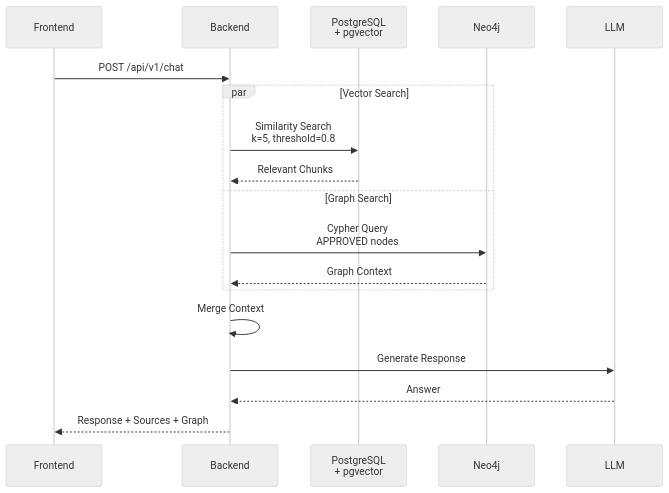
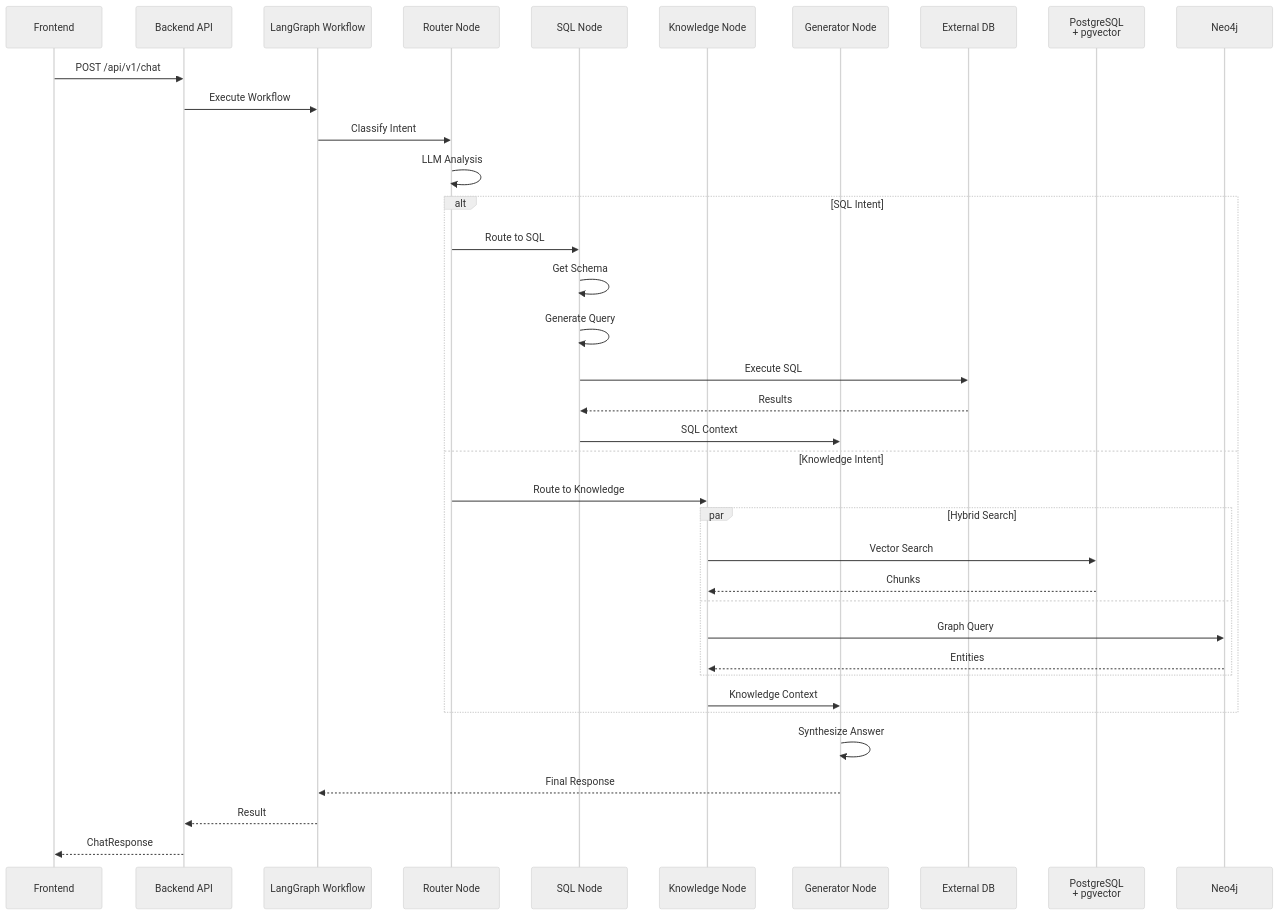
The fourth of 9 diagrams in docs/ARCHITECTURE.md (expoya/adizon-knowledge-core), drawn with Mermaid (neutral theme) before and after one commit. The commit also changed other lines of this file and 27 other files, not shown here.

````diff
--- a/docs/ARCHITECTURE.md
+++ b/docs/ARCHITECTURE.md
@@ -145,23 +168,43 @@
 ```mermaid
 sequenceDiagram
     participant FE as Frontend
-    participant BE as Backend
+    participant BE as Backend API
+    participant WF as LangGraph Workflow
+    participant ROUTER as Router Node
+    participant SQL as SQL Node
+    participant KB as Knowledge Node
+    participant GEN as Generator Node
+    participant EXDB as External DB
     participant PG as PostgreSQL<br/>+ pgvector
     participant NEO as Neo4j
-    participant LLM as LLM
 
     FE->>BE: POST /api/v1/chat
-
-    par Vector Search
-        BE->>PG: Similarity Search<br/>k=5, threshold=0.8
-        PG-->>BE: Relevant Chunks
-    and Graph Search
-        BE->>NEO: Cypher Query<br/>APPROVED nodes
-        NEO-->>BE: Graph Context
+    BE->>WF: Execute Workflow
+    
+    WF->>ROUTER: Classify Intent
+    ROUTER->>ROUTER: LLM Analysis
+    
+    alt SQL Intent
+        ROUTER->>SQL: Route to SQL
+        SQL->>SQL: Get Schema
+        SQL->>SQL: Generate Query
+        SQL->>EXDB: Execute SQL
+        EXDB-->>SQL: Results
+        SQL->>GEN: SQL Context
+    else Knowledge Intent
+        ROUTER->>KB: Route to Knowledge
+        par Hybrid Search
+            KB->>PG: Vector Search
+            PG-->>KB: Chunks
+        and
+            KB->>NEO: Graph Query
+            NEO-->>KB: Entities
+        end
+        KB->>GEN: Knowledge Context
     end
-
-    BE->>BE: Merge Context
-    BE->>LLM: Generate Response
-    LLM-->>BE: Answer
-    BE-->>FE: Response + Sources + Graph
+    
+    GEN->>GEN: Synthesize Answer
+    GEN-->>WF: Final Response
+    WF-->>BE: Result
+    BE-->>FE: ChatResponse
 ```
````
